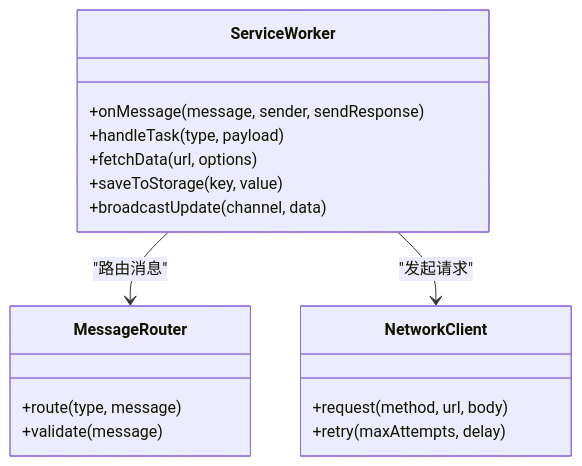
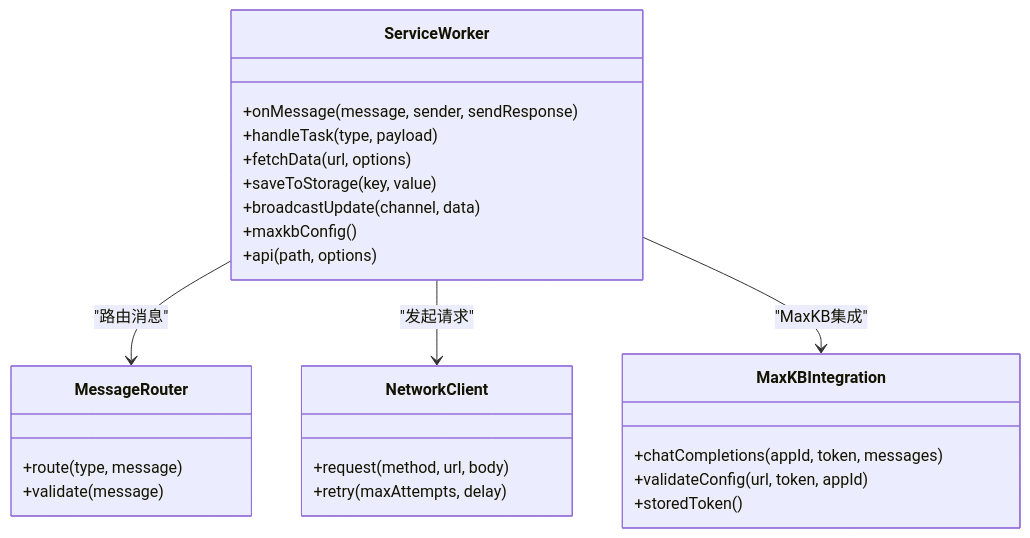
Before and after one commit to iljahofbauer219-lang/yandu: the fifth of 7 diagrams in .qoder/repowiki/zh/content/系统架构/浏览器扩展架构.md, drawn with Mermaid. The commit also changed other lines of this file and 340 other files, not shown here.

````diff
--- a/.qoder/repowiki/zh/content/系统架构/浏览器扩展架构.md
+++ b/.qoder/repowiki/zh/content/系统架构/浏览器扩展架构.md
@@ -239,20 +246,28 @@
 ```mermaid
 classDiagram
 class ServiceWorker {
 +onMessage(message, sender, sendResponse)
 +handleTask(type, payload)
 +fetchData(url, options)
 +saveToStorage(key, value)
 +broadcastUpdate(channel, data)
++maxkbConfig()
++api(path, options)
 }
 class MessageRouter {
 +route(type, message)
 +validate(message)
 }
 class NetworkClient {
 +request(method, url, body)
 +retry(maxAttempts, delay)
 }
+class MaxKBIntegration {
++chatCompletions(appId, token, messages)
++validateConfig(url, token, appId)
++storedToken()
+}
 ServiceWorker --> MessageRouter : "路由消息"
 ServiceWorker --> NetworkClient : "发起请求"
+ServiceWorker --> MaxKBIntegration : "MaxKB集成"
 ```
````
